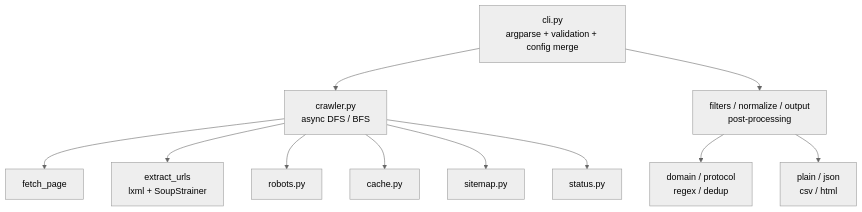
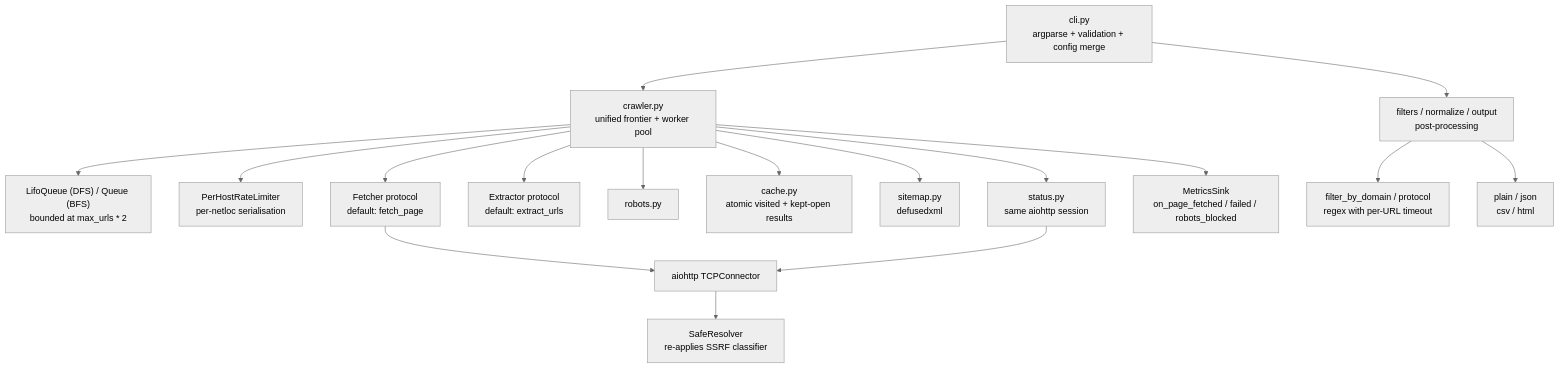
Before and after one commit to prodrom3/nostrax: the diagram in README.md, drawn with Mermaid (neutral theme). The commit also changed other lines of this file, not shown here.

First paragraph of the commit message:
docs: update package layout, architecture diagram, and link CHANGELOG
Three small drift fixes in the README that accumulated across the
last slices of work:

````diff
--- a/README.md
+++ b/README.md
@@ -507,29 +507,42 @@
 ```mermaid
 flowchart TD
     CLI["cli.py<br/>argparse + validation + config merge"]
-    Crawler["crawler.py<br/>async DFS / BFS"]
+    Crawler["crawler.py<br/>unified frontier + worker pool"]
     Post["filters / normalize / output<br/>post-processing"]
 
-    Fetch["fetch_page"]
-    Extract["extract_urls<br/>lxml + SoupStrainer"]
+    Frontier["LifoQueue (DFS) / Queue (BFS)<br/>bounded at max_urls * 2"]
+    RateLimiter["PerHostRateLimiter<br/>per-netloc serialisation"]
+    Fetcher["Fetcher protocol<br/>default: fetch_page"]
+    Extractor["Extractor protocol<br/>default: extract_urls"]
     Robots["robots.py"]
-    Cache["cache.py"]
-    Sitemap["sitemap.py"]
-    Status["status.py"]
+    Cache["cache.py<br/>atomic visited + kept-open results"]
+    Sitemap["sitemap.py<br/>defusedxml"]
+    Status["status.py<br/>same aiohttp session"]
 
-    Filters["domain / protocol<br/>regex / dedup"]
+    Connector["aiohttp TCPConnector"]
+    Resolver["SafeResolver<br/>re-applies SSRF classifier"]
+    Metrics["MetricsSink<br/>on_page_fetched / failed / robots_blocked"]
+
+    Filters["filter_by_domain / protocol<br/>regex with per-URL timeout"]
     Output["plain / json<br/>csv / html"]
 
     CLI --> Crawler
     CLI --> Post
 
-    Crawler --> Fetch
-    Crawler --> Extract
+    Crawler --> Frontier
+    Crawler --> RateLimiter
+    Crawler --> Fetcher
+    Crawler --> Extractor
     Crawler --> Robots
     Crawler --> Cache
     Crawler --> Sitemap
     Crawler --> Status
+    Crawler --> Metrics
+
+    Fetcher --> Connector
+    Status --> Connector
+    Connector --> Resolver
 
     Post --> Filters
     Post --> Output
 ```
````
